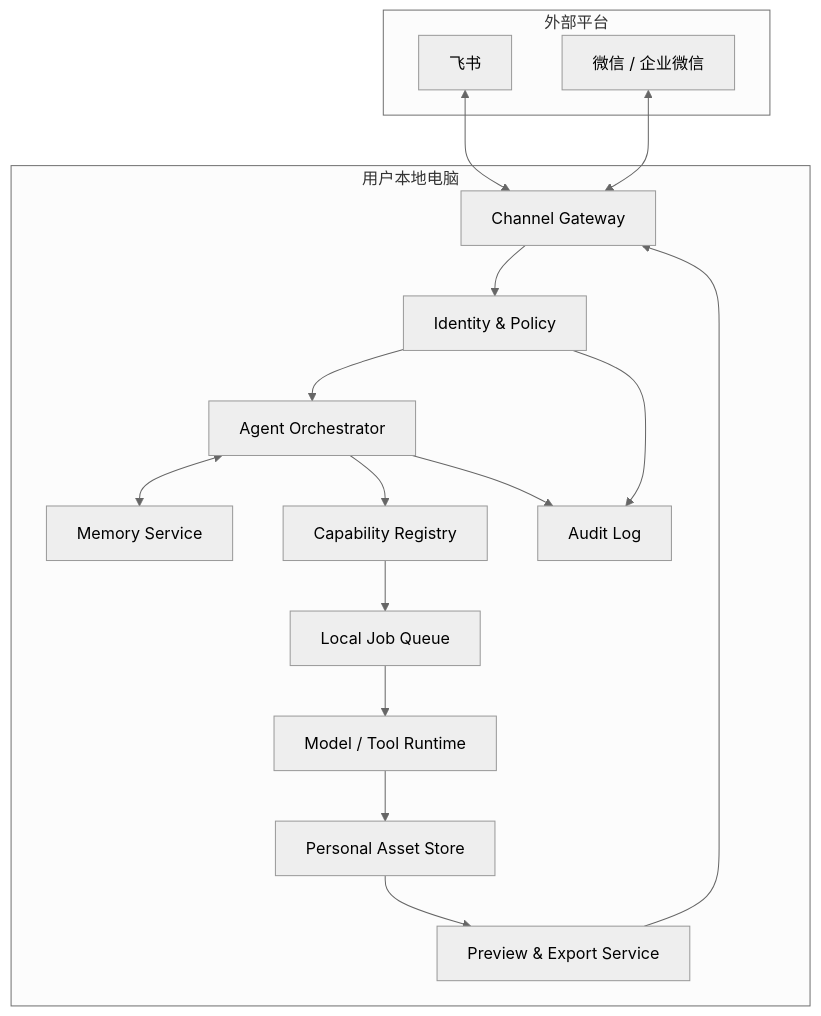
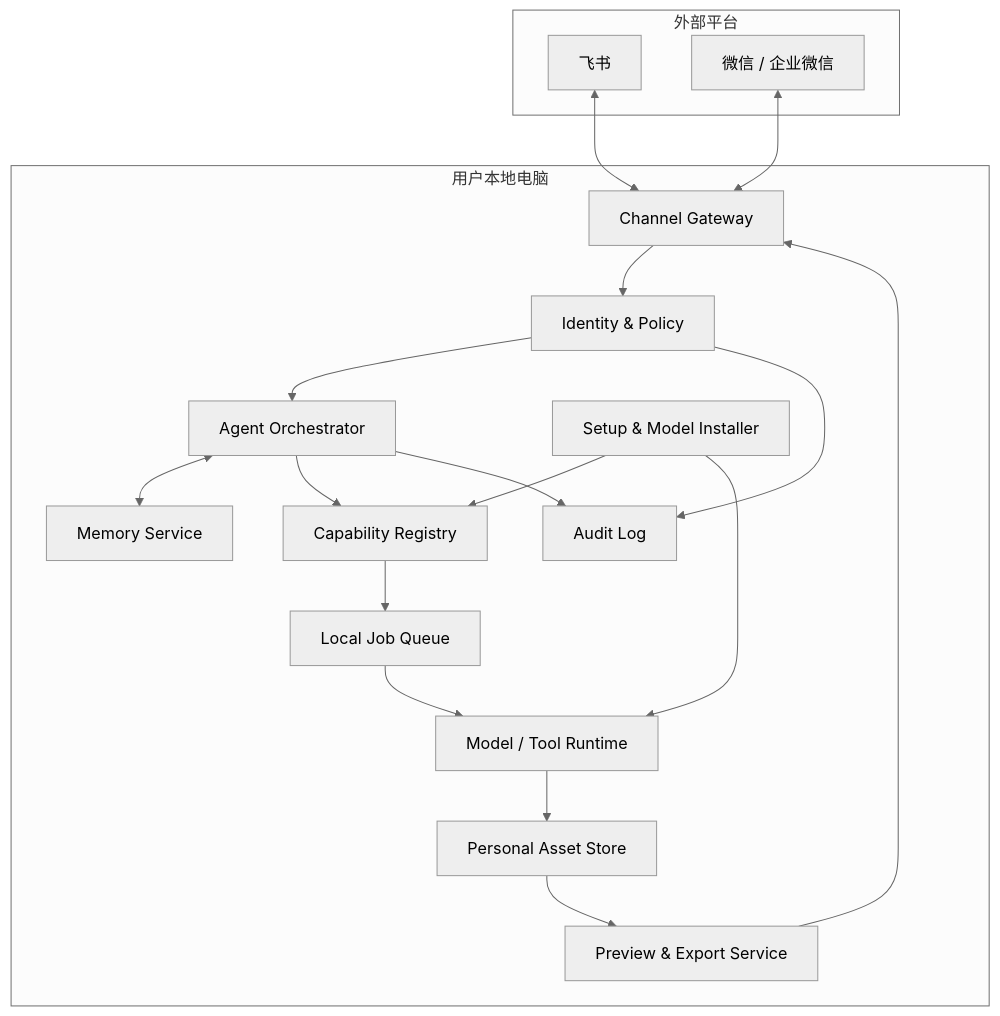
The first of 2 diagrams in docs/architecture/system-architecture.md (CarrieX6/Personal-digital-assistant---A-Web-Agent), drawn with Mermaid (neutral theme) before and after one commit. The commit also changed other lines of this file and 17 other files, not shown here.

Commit message:
feat(setup): add full-node capability installer

````diff
--- a/docs/architecture/system-architecture.md
+++ b/docs/architecture/system-architecture.md
@@ -22,34 +27,37 @@
 ```mermaid
 flowchart TB
     subgraph Cloud["外部平台"]
         F["飞书"]
         W["微信 / 企业微信"]
     end
 
     subgraph Device["用户本地电脑"]
         CG["Channel Gateway"]
         SEC["Identity & Policy"]
         ORC["Agent Orchestrator"]
         MEM["Memory Service"]
         REG["Capability Registry"]
+        SETUP["Setup & Model Installer"]
         QUEUE["Local Job Queue"]
         RUN["Model / Tool Runtime"]
         ASSET["Personal Asset Store"]
         VIEW["Preview & Export Service"]
         AUDIT["Audit Log"]
     end
 
     F <--> CG
     W <--> CG
     CG --> SEC
     SEC --> ORC
     ORC <--> MEM
     ORC --> REG
+    SETUP --> REG
+    SETUP --> RUN
     REG --> QUEUE
     QUEUE --> RUN
     RUN --> ASSET
     ASSET --> VIEW
     VIEW --> CG
     SEC --> AUDIT
     ORC --> AUDIT
 ```
````
